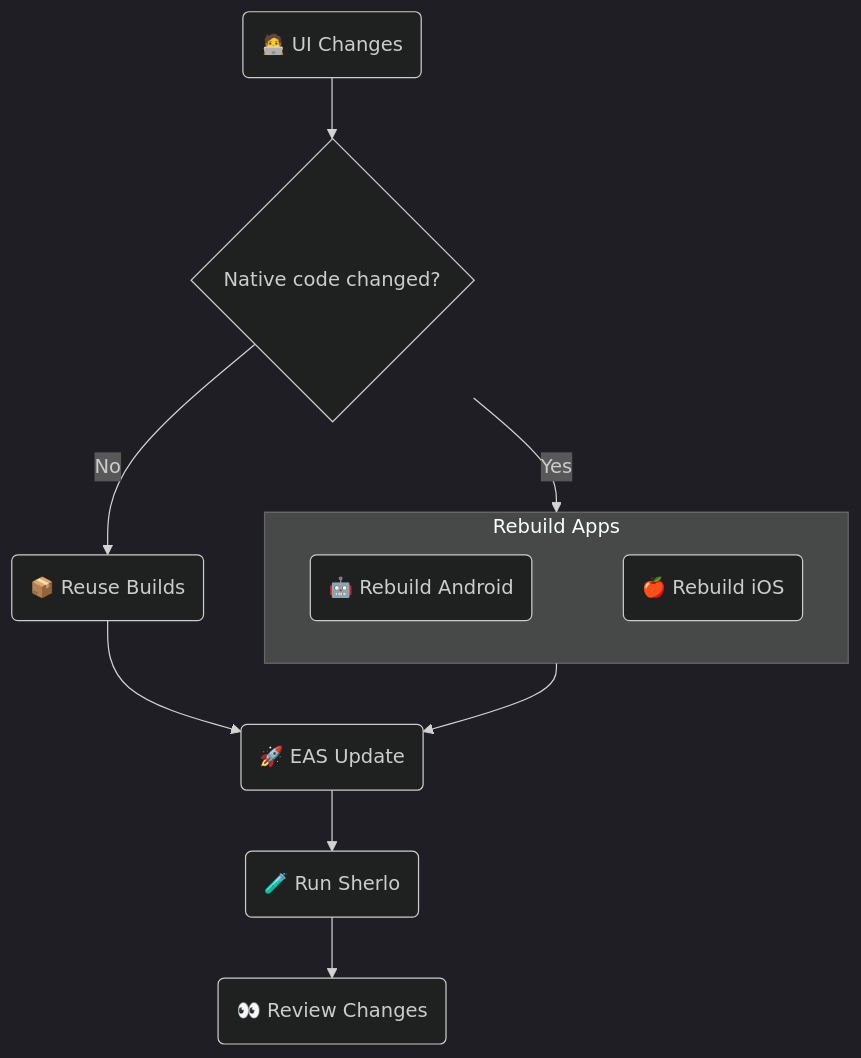
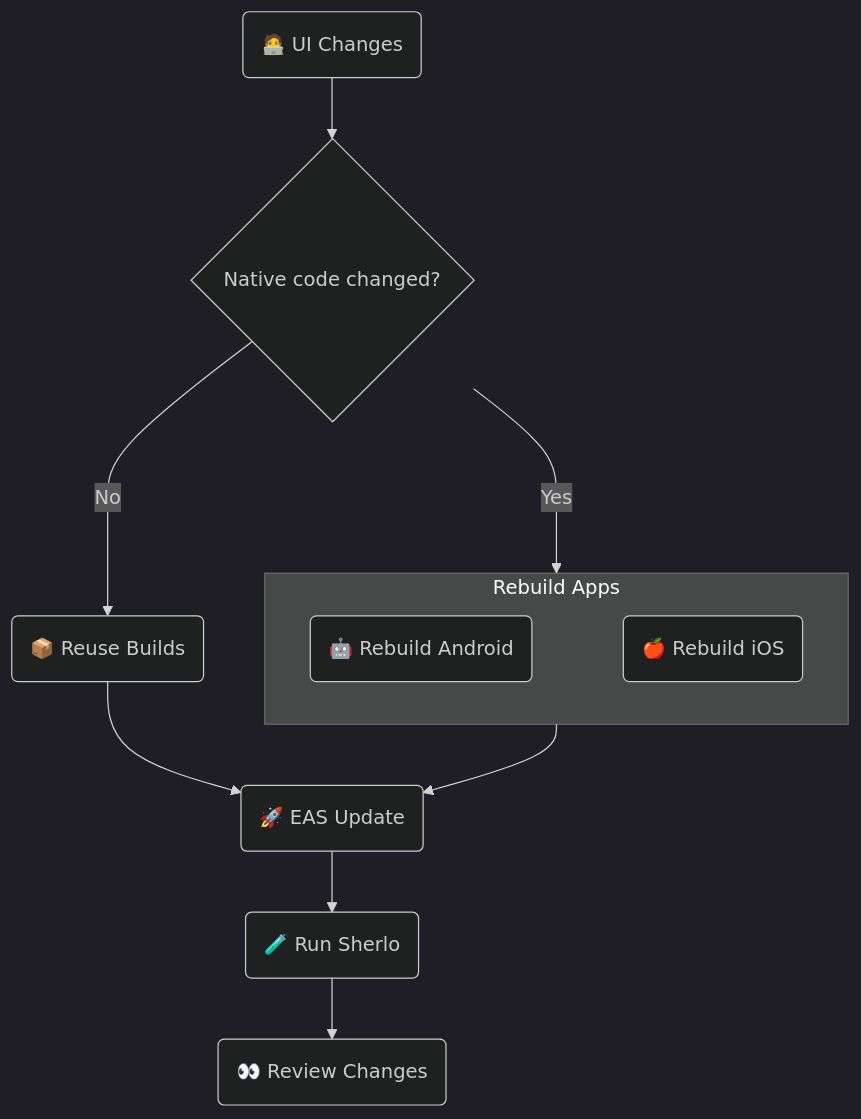
Before and after one commit to sherlo-io/sherlo: the diagram in examples/eas-update/README.md, drawn with Mermaid (dark theme).

Commit message:
no message

````diff
--- a/examples/eas-update/README.md
+++ b/examples/eas-update/README.md
@@ -13,24 +13,24 @@
 ```mermaid
 flowchart TB
    UI(🧑‍💻 UI Changes)
    Check{Native code changed?}
    Reuse(📦 Reuse Builds)
    Update(🚀 EAS Update)
    Sherlo(🧪 Run Sherlo)
    Review(👀 Review Changes)
 
    subgraph Rebuild[Rebuild Apps]
       direction LR
       Android(🤖 Rebuild Android)
       iOS(🍎 Rebuild iOS)
       Android ~~~ iOS
    end
 
    UI --> Check
-   Check -->|Yes| Rebuild
+   Check --->|Yes| Rebuild
    Check -->|No| Reuse
    Rebuild --> Update
    Reuse --> Update
    Update --> Sherlo
    Sherlo --> Review
 ```
````
